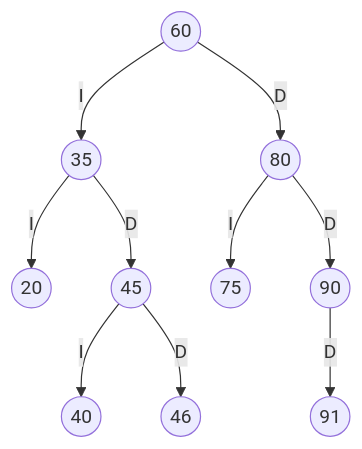
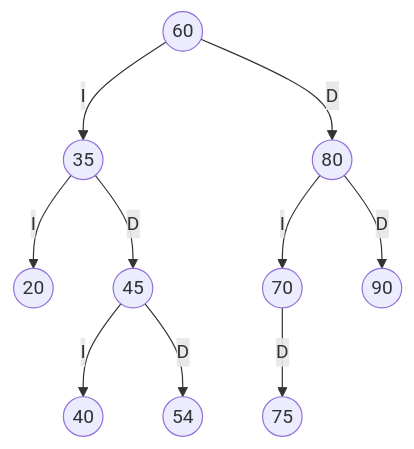
Before and after one commit to sr632252-crypto/Deber-Arboles-TenorioJonathan: the third of 4 diagrams in TRAZAS.md, drawn with Mermaid. The commit also changed other lines of this file, not shown here.

````diff
--- a/TRAZAS.md
+++ b/TRAZAS.md
@@ -156,22 +154,22 @@
 ```mermaid
 graph TD
     N60((60))
     N60 -->|I| N35
     N60 -->|D| N80
     N35((35))
     N35 -->|I| N20
     N35 -->|D| N45
     N20((20))
     N45((45))
     N45 -->|I| N40
-    N45 -->|D| N46
+    N45 -->|D| N54
     N40((40))
-    N46((46))
+    N54((54))
     N80((80))
-    N80 -->|I| N75
+    N80 -->|I| N70
     N80 -->|D| N90
+    N70((70))
+    N70 -->|D| N75
     N75((75))
     N90((90))
-    N90 -->|D| N91
-    N91((91))
 ```
````
